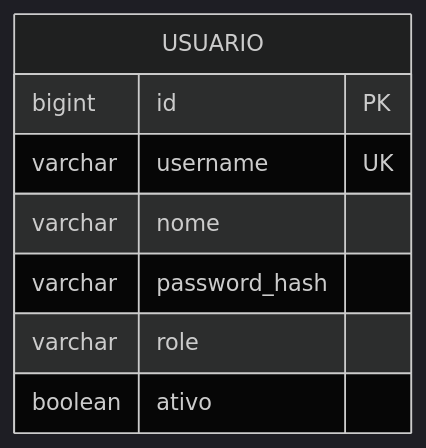
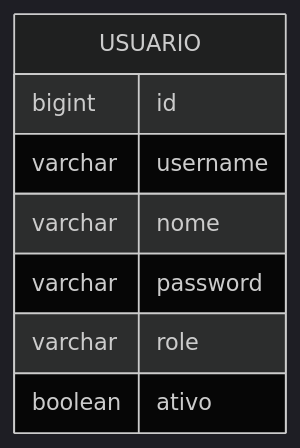
One commit to fiap-soat-grupo36/infra-database changed the second of 8 diagrams in docs/diagramas/er-completo.md. Above: the diagram before and after it, drawn with Mermaid (dark theme). The commit also changed other lines of this file, not shown here.

Commit message:
fix: diagramas ER compatíveis com GitHub Mermaid

````diff
--- a/docs/diagramas/er-completo.md
+++ b/docs/diagramas/er-completo.md
@@ -174,11 +188,11 @@
 ```mermaid
 erDiagram
     USUARIO {
-        bigint id PK
-        varchar username UK
+        bigint id
+        varchar username
         varchar nome
-        varchar password_hash
+        varchar password
         varchar role
         boolean ativo
     }
 ```
````
